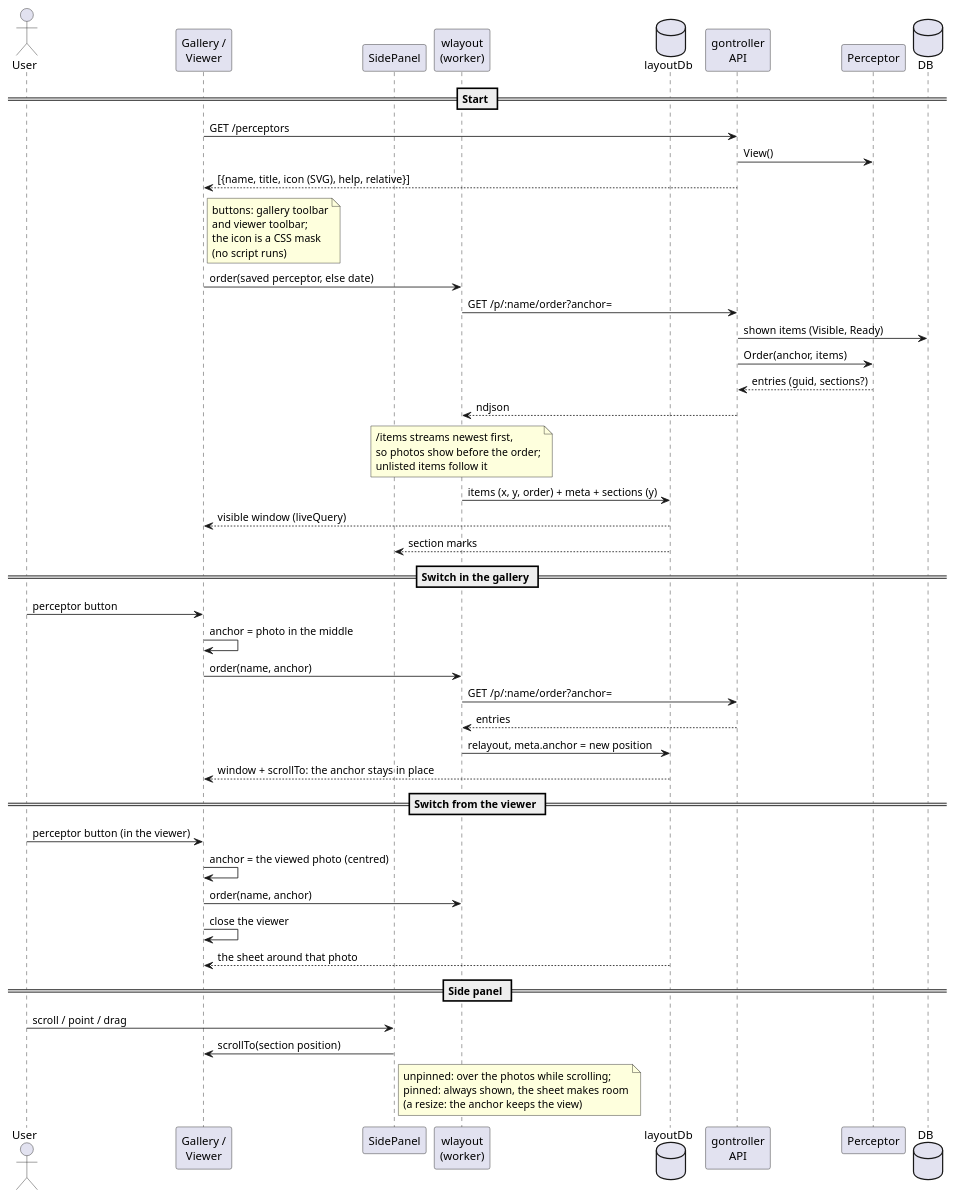
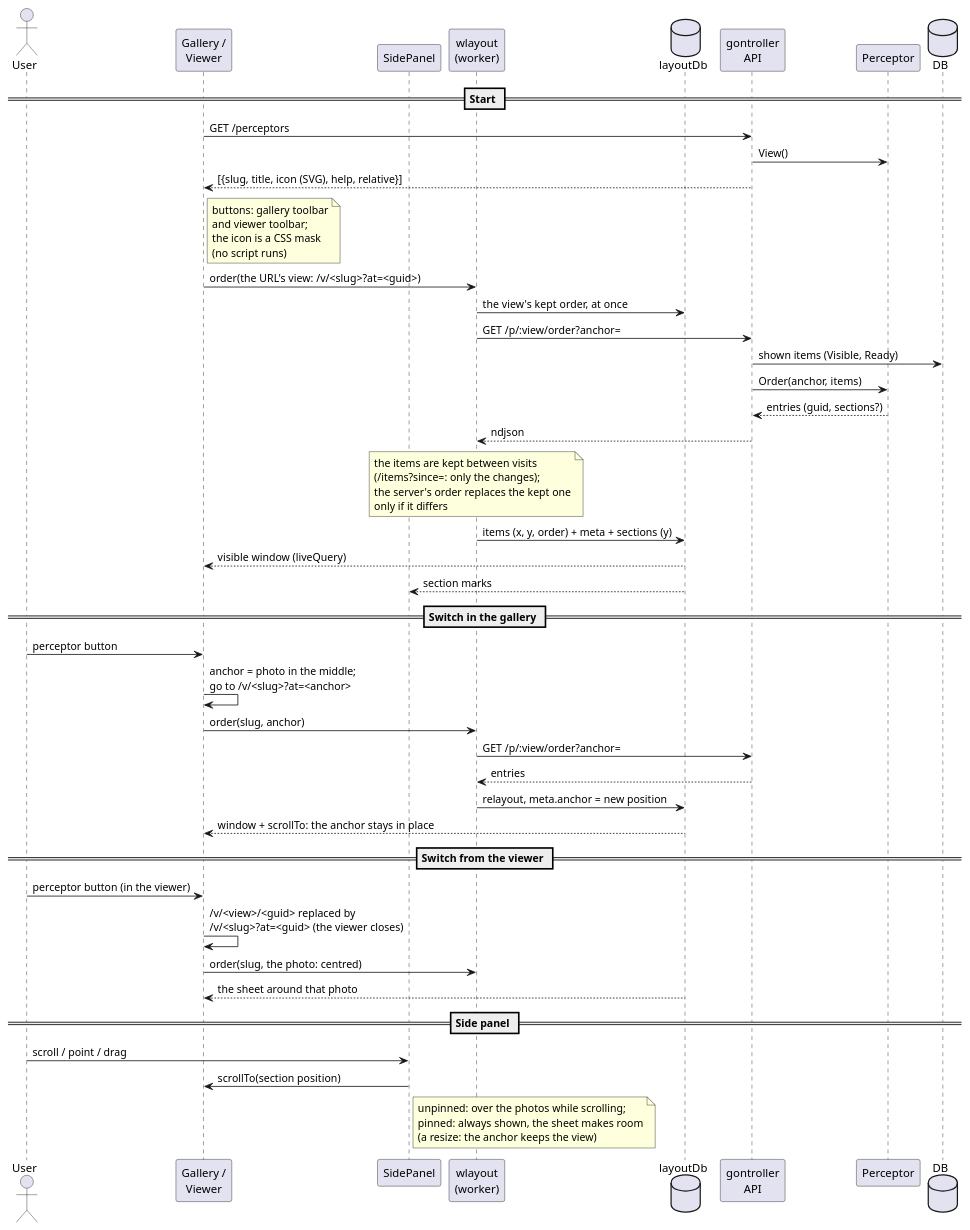
One commit to eggs-gd/Perceptrail changed the diagram in _sb/puml/Perceptors.puml. Above: the diagram before and after it, drawn with PlantUML. The commit also changed 1 other file, not shown here.

Commit message:
diagram: views by slug from the URL, kept order and items

```diff
--- a/_sb/puml/Perceptors.puml
+++ b/_sb/puml/Perceptors.puml
@@ -1,51 +1,51 @@
 @startuml Perceptors navigation
 ' Every perceptor is a view of the endless sheet: its order. The server orders,
 ' the client lays out (the layout depends on the window width). Sections ride in the
 ' order stream; the side panel places them by the layout.
 
 actor User
 participant "Gallery /\nViewer" as Page
 participant "SidePanel" as Panel
 participant "wlayout\n(worker)" as Layout
 database "layoutDb" as LDB
 participant "gontroller\nAPI" as API
 participant "Perceptor" as Nav
 database "DB" as DB
 
 == Start ==
 Page -> API: GET /perceptors
 API -> Nav: View()
-API --> Page: [{name, title, icon (SVG), help, relative}]
+API --> Page: [{slug, title, icon (SVG), help, relative}]
 note right of Page: buttons: gallery toolbar\nand viewer toolbar;\nthe icon is a CSS mask\n(no script runs)
-Page -> Layout: order(saved perceptor, else date)
-Layout -> API: GET /p/:name/order?anchor=
+Page -> Layout: order(the URL's view: /v/<slug>?at=<guid>)
+Layout -> LDB: the view's kept order, at once
+Layout -> API: GET /p/:view/order?anchor=
 API -> DB: shown items (Visible, Ready)
 API -> Nav: Order(anchor, items)
 Nav --> API: entries (guid, sections?)
 API --> Layout: ndjson
-note over Layout: /items streams newest first,\nso photos show before the order;\nunlisted items follow it
+note over Layout: the items are kept between visits\n(/items?since=: only the changes);\nthe server's order replaces the kept one\nonly if it differs
 Layout -> LDB: items (x, y, order) + meta + sections (y)
 LDB --> Page: visible window (liveQuery)
 LDB --> Panel: section marks
 
 == Switch in the gallery ==
 User -> Page: perceptor button
-Page -> Page: anchor = photo in the middle
-Page -> Layout: order(name, anchor)
-Layout -> API: GET /p/:name/order?anchor=
+Page -> Page: anchor = photo in the middle;\ngo to /v/<slug>?at=<anchor>
+Page -> Layout: order(slug, anchor)
+Layout -> API: GET /p/:view/order?anchor=
 API --> Layout: entries
 Layout -> LDB: relayout, meta.anchor = new position
 LDB --> Page: window + scrollTo: the anchor stays in place
 
 == Switch from the viewer ==
 User -> Page: perceptor button (in the viewer)
-Page -> Page: anchor = the viewed photo (centred)
-Page -> Layout: order(name, anchor)
-Page -> Page: close the viewer
+Page -> Page: /v/<view>/<guid> replaced by\n/v/<slug>?at=<guid> (the viewer closes)
+Page -> Layout: order(slug, the photo: centred)
 LDB --> Page: the sheet around that photo
 
 == Side panel ==
 User -> Panel: scroll / point / drag
 Panel -> Page: scrollTo(section position)
 note right of Panel: unpinned: over the photos while scrolling;\npinned: always shown, the sheet makes room\n(a resize: the anchor keeps the view)
 @enduml
```
